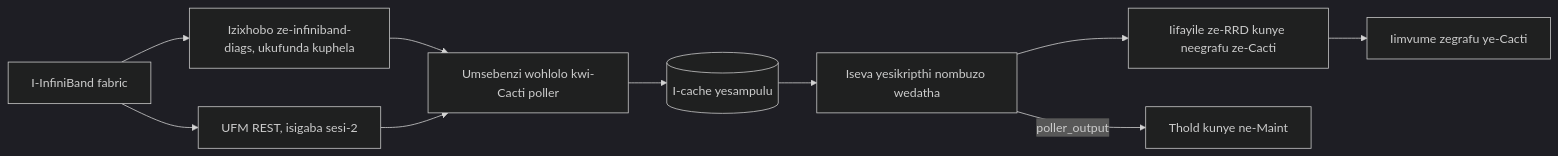
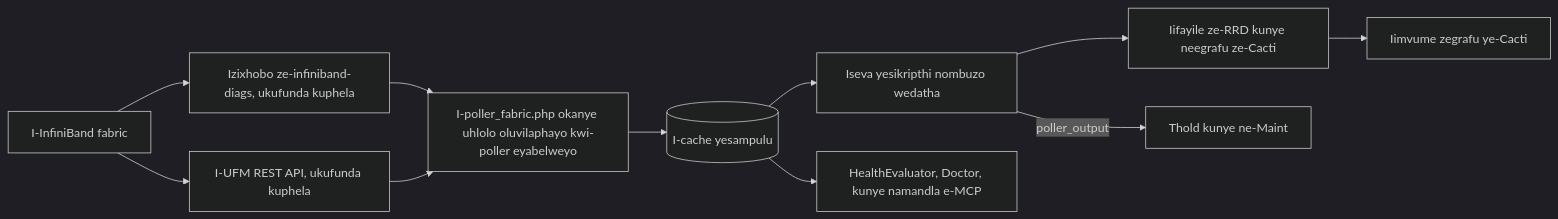
One commit to somethingwithproof/plugin_fabric changed the diagram in docs/i18n/xh-ZA/README.md. Above: the diagram before and after it, drawn with Mermaid (dark theme). The commit also changed other lines of this file and 48 other files, not shown here.

````diff
--- a/docs/i18n/xh-ZA/README.md
+++ b/docs/i18n/xh-ZA/README.md
@@ -92,12 +132,13 @@
 ```mermaid
 flowchart LR
     F[I-InfiniBand fabric] --> T[Izixhobo ze-infiniband-diags, ukufunda kuphela]
-    F --> U[UFM REST, isigaba sesi-2]
-    T --> S[Umsebenzi wohlolo kwi-Cacti poller]
+    F --> U[I-UFM REST API, ukufunda kuphela]
+    T --> S[I-poller_fabric.php okanye uhlolo oluvilaphayo kwi-poller eyabelweyo]
     U --> S
     S --> C[(I-cache yesampulu)]
     C --> SS[Iseva yesikripthi nombuzo wedatha]
     SS --> R[Iifayile ze-RRD kunye neegrafu ze-Cacti]
     SS -->|poller_output| TH[Thold kunye ne-Maint]
+    C --> H[HealthEvaluator, Doctor, kunye namandla e-MCP]
     R --> P[Iimvume zegrafu ye-Cacti]
 ```
````
